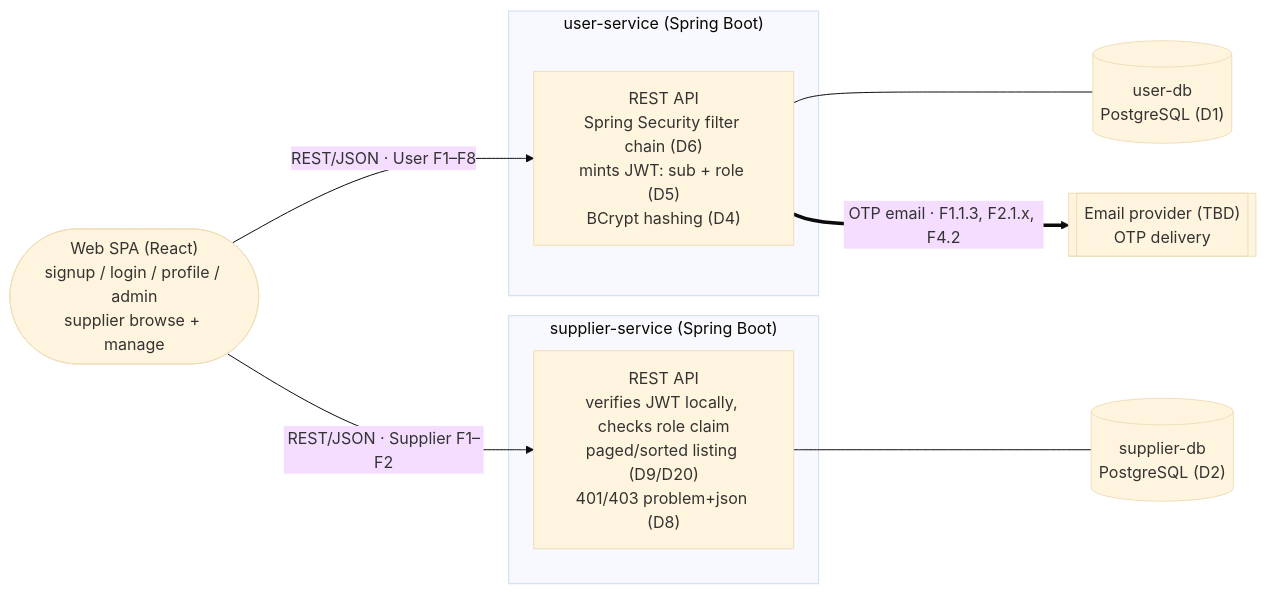
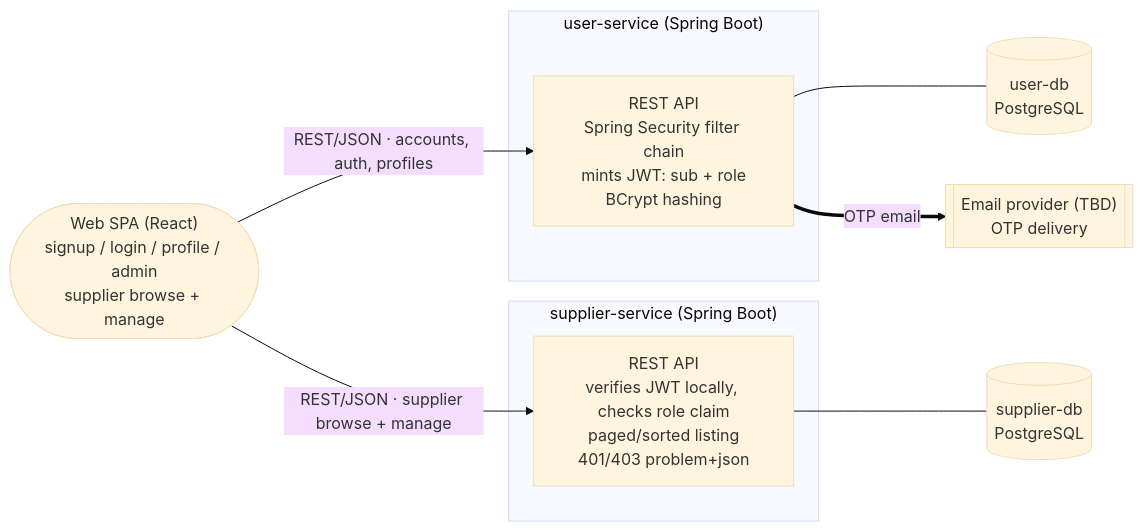
One commit to AY2627S1-CS3219-P23/foc changed the third of 9 diagrams in docs/d2-design.md. Above: the diagram before and after it, drawn with Mermaid (base theme). The commit also changed other lines of this file and 2 other files, not shown here.

````diff
--- a/docs/d2-design.md
+++ b/docs/d2-design.md
@@ -127,21 +90,21 @@
 ```mermaid
 flowchart LR
     SPA(["Web SPA (React)<br/>signup / login / profile / admin<br/>supplier browse + manage"])
 
     subgraph US["user-service (Spring Boot)"]
-        USC["REST API<br/>Spring Security filter chain (D6)<br/>mints JWT: sub + role (D5)<br/>BCrypt hashing (D4)"]
+        USC["REST API<br/>Spring Security filter chain<br/>mints JWT: sub + role<br/>BCrypt hashing"]
     end
     subgraph SS["supplier-service (Spring Boot)"]
-        SSC["REST API<br/>verifies JWT locally, checks role claim<br/>paged/sorted listing (D9/D20)<br/>401/403 problem+json (D8)"]
+        SSC["REST API<br/>verifies JWT locally, checks role claim<br/>paged/sorted listing<br/>401/403 problem+json"]
     end
 
-    UDB[("user-db<br/>PostgreSQL (D1)")]
-    SDB[("supplier-db<br/>PostgreSQL (D2)")]
+    UDB[("user-db<br/>PostgreSQL")]
+    SDB[("supplier-db<br/>PostgreSQL")]
     MAIL[["Email provider (TBD)<br/>OTP delivery"]]
 
-    SPA -->|"REST/JSON · User F1–F8"| USC
-    SPA -->|"REST/JSON · Supplier F1–F2"| SSC
+    SPA -->|"REST/JSON · accounts, auth, profiles"| USC
+    SPA -->|"REST/JSON · supplier browse + manage"| SSC
     USC --- UDB
     SSC --- SDB
-    USC ==>|"OTP email · F1.1.3, F2.1.x, F4.2"| MAIL
+    USC ==>|"OTP email"| MAIL
 ```
````
